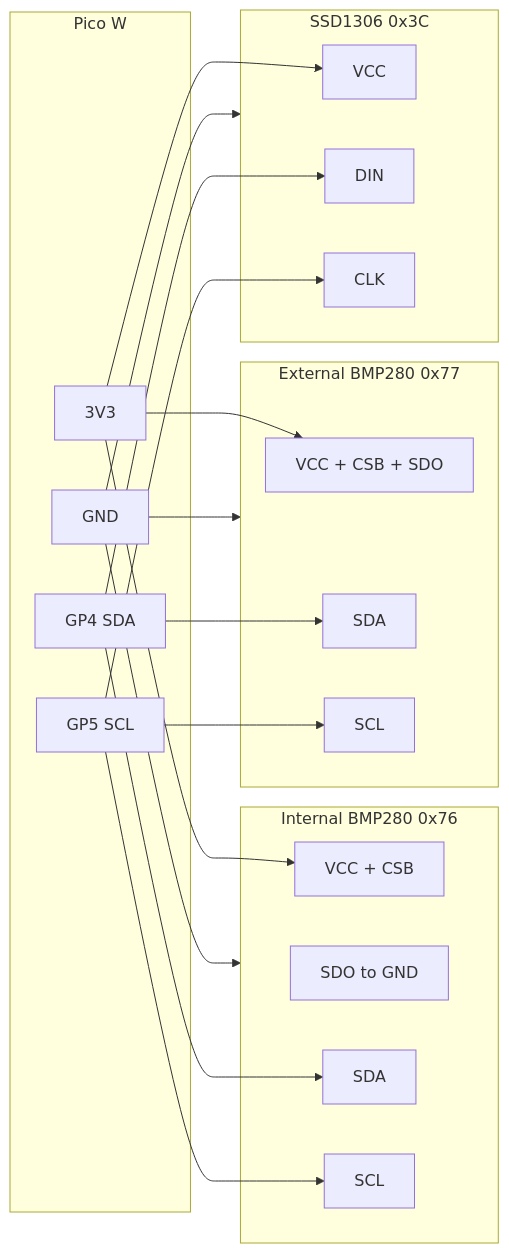
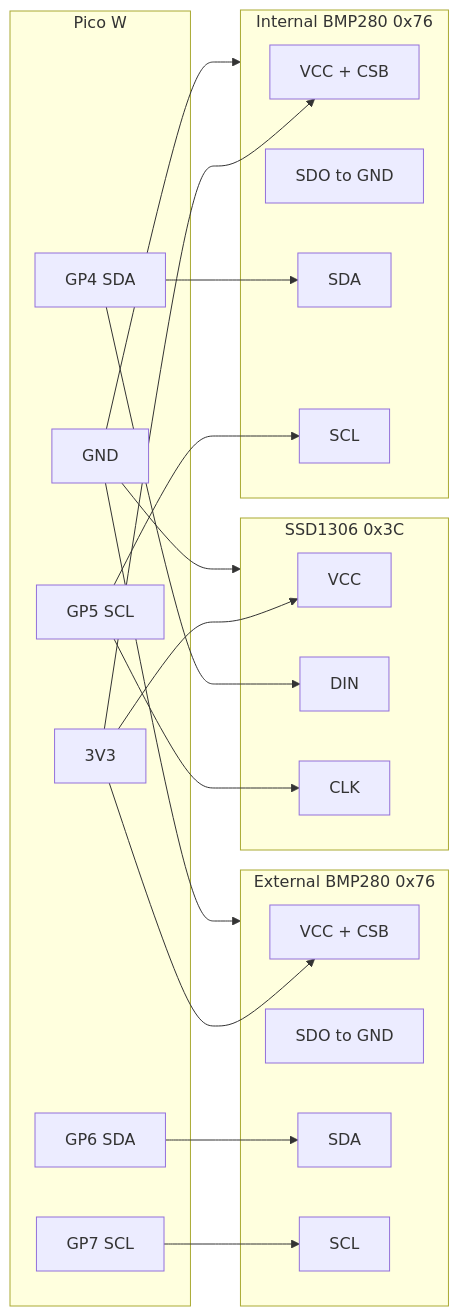
The second of 2 diagrams in README.md (thordin9/rp-pico-fan-controller), drawn with Mermaid before and after one commit. The commit also changed other lines of this file and 15 other files, not shown here.

````diff
--- a/README.md
+++ b/README.md
@@ -248,37 +255,40 @@
 ```mermaid
 flowchart LR
   subgraph PICO["Pico W"]
     V33["3V3"]
     GND["GND"]
-    SDA["GP4 SDA"]
-    SCL["GP5 SCL"]
+    SDA0["GP4 SDA"]
+    SCL0["GP5 SCL"]
+    SDA1["GP6 SDA"]
+    SCL1["GP7 SCL"]
   end
   subgraph INT["Internal BMP280 0x76"]
     IVCC["VCC + CSB"]
     ISDO["SDO to GND"]
     ISDA["SDA"]
     ISCL["SCL"]
   end
-  subgraph EXT["External BMP280 0x77"]
-    EVCC["VCC + CSB + SDO"]
+  subgraph EXT["External BMP280 0x76"]
+    EVCC["VCC + CSB"]
+    ESDO["SDO to GND"]
     ESDA["SDA"]
     ESCL["SCL"]
   end
   subgraph OLED["SSD1306 0x3C"]
     OVCC["VCC"]
     OSDA["DIN"]
     OSCL["CLK"]
   end
   V33 --> IVCC
   V33 --> EVCC
   V33 --> OVCC
   GND --> INT
   GND --> EXT
   GND --> OLED
-  SDA --> ISDA
-  SDA --> ESDA
-  SDA --> OSDA
-  SCL --> ISCL
-  SCL --> ESCL
-  SCL --> OSCL
+  SDA0 --> ISDA
+  SDA0 --> OSDA
+  SCL0 --> ISCL
+  SCL0 --> OSCL
+  SDA1 --> ESDA
+  SCL1 --> ESCL
 ```
````
